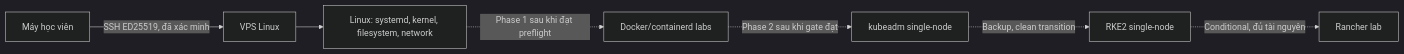
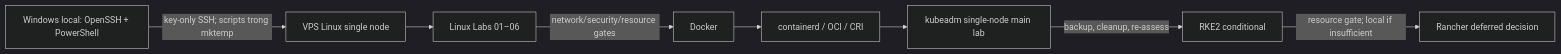
One commit to Trinhduyet/devops-lab changed the diagram in docs/architecture.md. Above: the diagram before and after it, drawn with Mermaid (dark theme). The commit also changed other lines of this file and 20 other files, not shown here.

Commit message:
Improve DevOps lab harness and add Lab 02

````diff
--- a/docs/architecture.md
+++ b/docs/architecture.md
@@ -5,9 +5,10 @@
 ```mermaid
 flowchart LR
-  Dev[Máy học viên] -->|SSH ED25519, đã xác minh| VPS[VPS Linux]
-  VPS --> Host[Linux: systemd, kernel, filesystem, network]
-  Host -. Phase 1 sau khi đạt preflight .-> Docker[Docker/containerd labs]
-  Docker -. Phase 2 sau khi gate đạt .-> K8s[kubeadm single-node]
-  K8s -. Backup, clean transition .-> RKE2[RKE2 single-node]
-  RKE2 -. Conditional, đủ tài nguyên .-> Rancher[Rancher lab]
+  PC[Windows local: OpenSSH + PowerShell] -->|key-only SSH; scripts trong mktemp| VPS[VPS Linux single node]
+  VPS --> LNX[Linux Labs 01–06]
+  LNX -->|network/security/resource gates| Docker[Docker]
+  Docker --> Containerd[containerd / OCI / CRI]
+  Containerd --> Kubeadm[kubeadm single-node main lab]
+  Kubeadm -->|backup, cleanup, re-assess| RKE2[RKE2 conditional]
+  RKE2 -->|resource gate; local if insufficient| Rancher[Rancher deferred decision]
 ```
````
